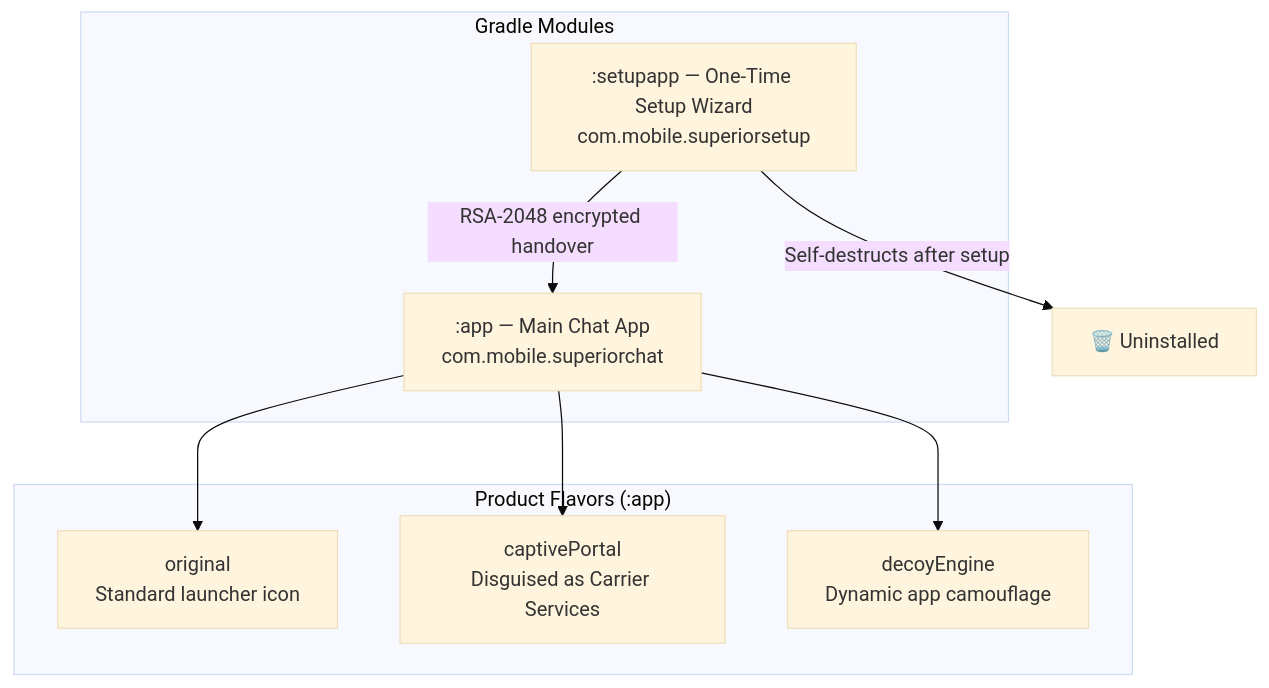
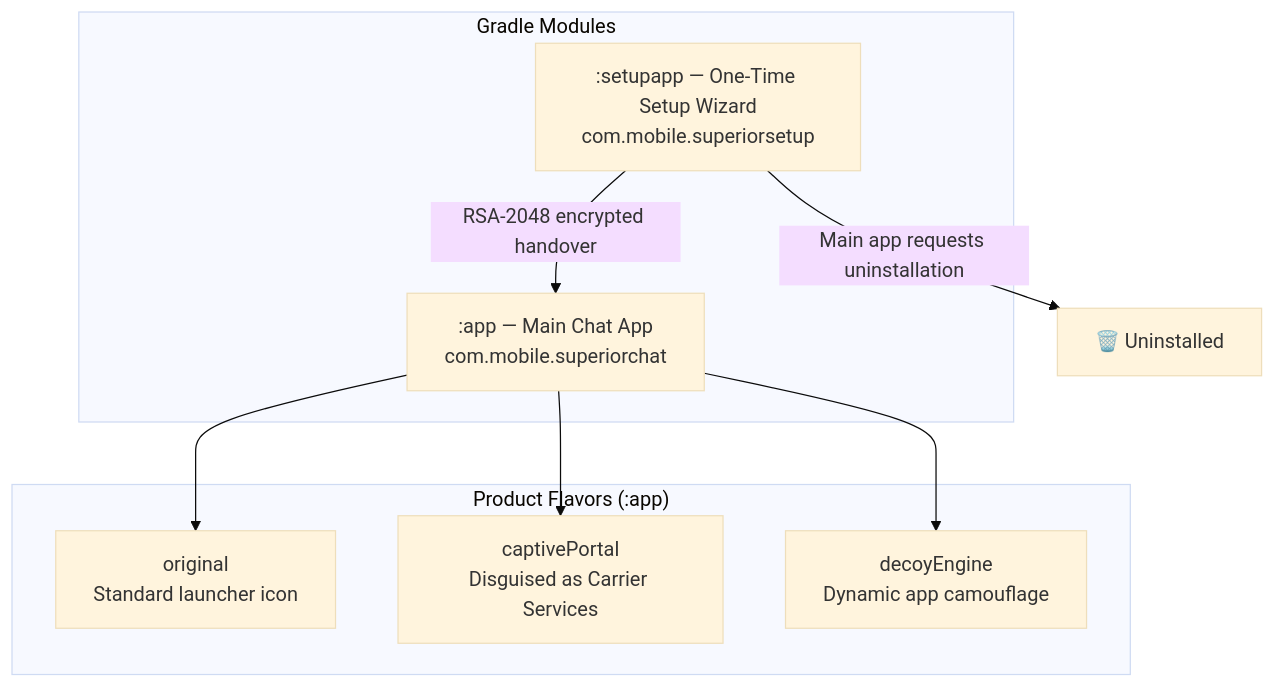
The second of 5 diagrams in docs/Architecture.md (sandeshsahu/superiorchat), drawn with Mermaid (base theme) before and after one commit. The commit also changed other lines of this file and 1 other file, not shown here.

````diff
--- a/docs/Architecture.md
+++ b/docs/Architecture.md
@@ -37,19 +37,19 @@
 ```mermaid
 graph TD
     subgraph "Gradle Modules"
         APP[":app — Main Chat App<br/>com.mobile.superiorchat"]
         SETUP[":setupapp — One-Time Setup Wizard<br/>com.mobile.superiorsetup"]
     end
     
     subgraph "Product Flavors (:app)"
         O["original<br/>Standard launcher icon"]
         CP["captivePortal<br/>Disguised as Carrier Services"]
         DE["decoyEngine<br/>Dynamic app camouflage"]
     end
 
     APP --> O
     APP --> CP
     APP --> DE
     SETUP -->|"RSA-2048 encrypted handover"| APP
-    SETUP -->|"Self-destructs after setup"| X["🗑️ Uninstalled"]
+    SETUP -->|"Main app requests uninstallation"| X["🗑️ Uninstalled"]
 ```
````
